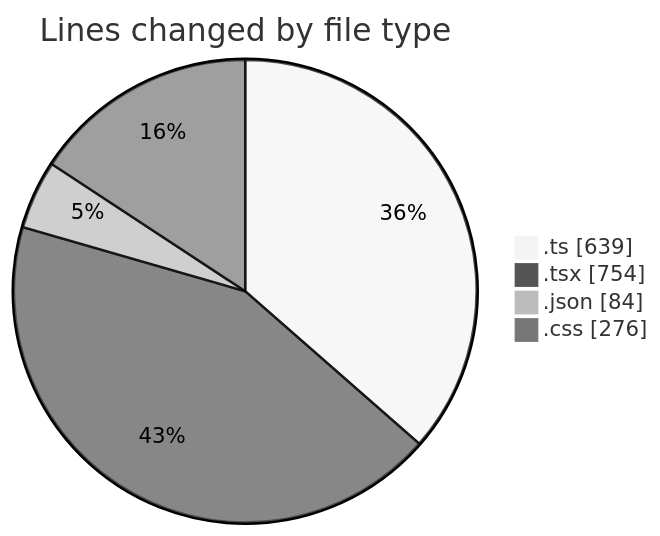
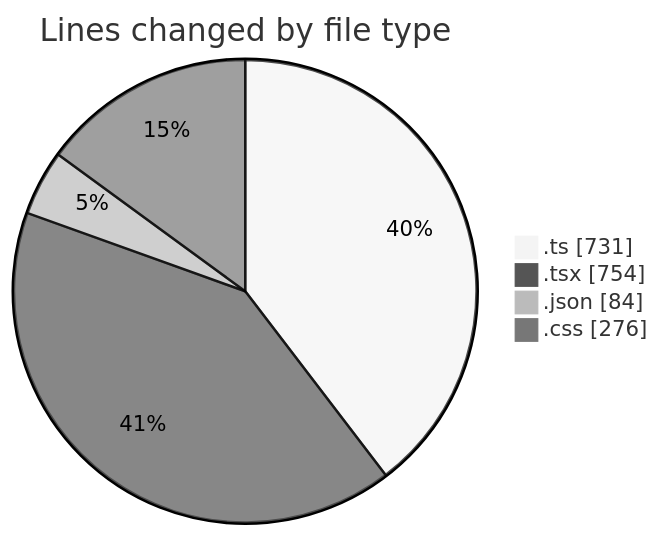
One commit to julien-gomy/code-tracking changed the first of 2 diagrams in 2025-11-24/eventscop-frontend-guide__workspace_/README.md. Above: the diagram before and after it, drawn with Mermaid (neutral theme). The commit also changed other lines of this file and 1 other file, not shown here.

````diff
--- a/2025-11-24/eventscop-frontend-guide__workspace_/README.md
+++ b/2025-11-24/eventscop-frontend-guide__workspace_/README.md
@@ -44,8 +45,8 @@
 ```mermaid
 pie showData
 title Lines changed by file type
-".ts" : 639
+".ts" : 731
 ".tsx" : 754
 ".json" : 84
 ".css" : 276
 ```
````
